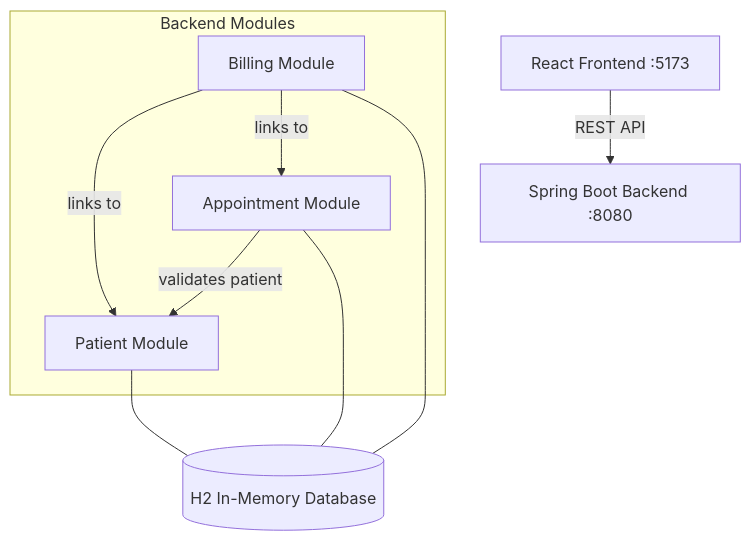
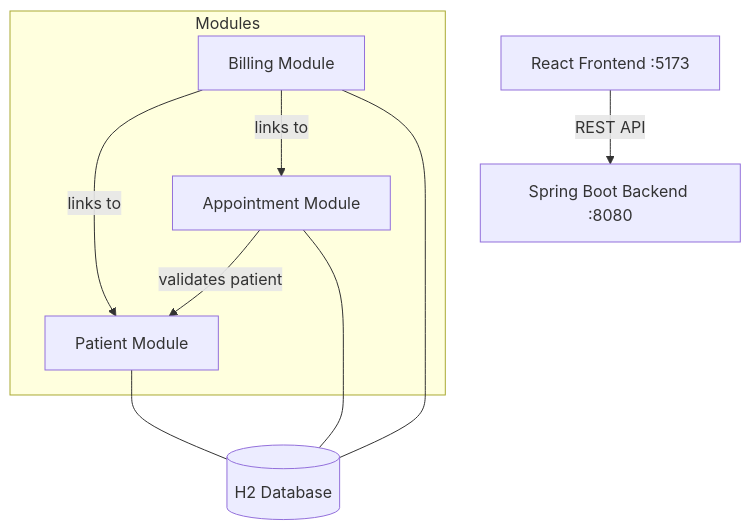
Before and after one commit to FlameZenith/hospital-management-system: the diagram in README.md, drawn with Mermaid. The commit also changed other lines of this file, not shown here.

Commit message:
Simplify README: keep only architecture, setup, and endpoints

````diff
--- a/README.md
+++ b/README.md
@@ -7,22 +7,22 @@
 ```mermaid
 graph TD
     Client["React Frontend :5173"]
     Backend["Spring Boot Backend :8080"]
-    DB[("H2 In-Memory Database")]
+    DB[("H2 Database")]
 
     Client -->|REST API| Backend
 
-    subgraph Backend Modules
+    subgraph Modules
         Patient["Patient Module"]
         Appointment["Appointment Module"]
         Billing["Billing Module"]
     end
 
     Appointment -->|validates patient| Patient
     Billing -->|links to| Patient
     Billing -->|links to| Appointment
 
     Patient --- DB
     Appointment --- DB
     Billing --- DB
 ```
````
